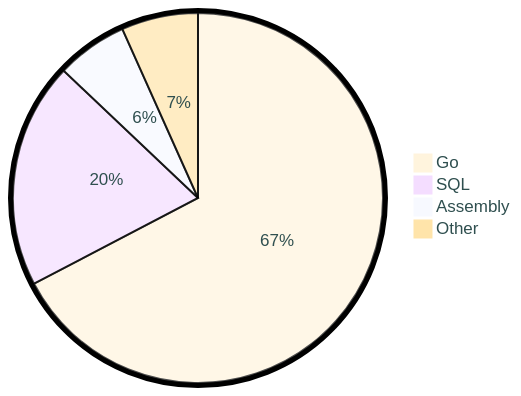
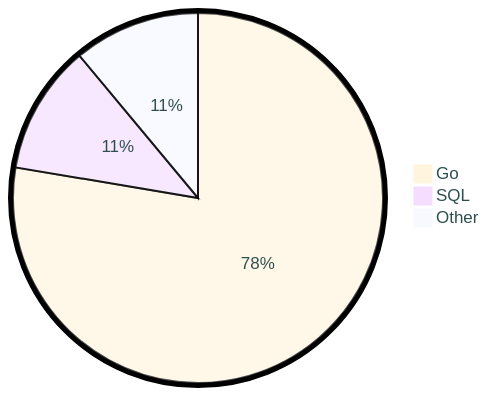
One commit to tot0p/tot0p changed the diagram in README.md. Above: the diagram before and after it, drawn with Mermaid. The commit also changed other lines of this file, not shown here.

````diff
--- a/README.md
+++ b/README.md
@@ -77,8 +80,7 @@
 ```mermaid
 %%{init: {"pie": {"textPosition": 0.5}, "themeVariables": {"pieOuterStrokeWidth": "5px","primaryTextColor" : "#2F4F4F"},"theme":"base"} }%%
 pie
-	"Go": 67.34
-	"SQL": 19.74
-	"Assembly": 6.23
-	"Other": 6.699999999999999
+	"Go": 77.64
+	"SQL": 11.3
+	"Other": 11.049999999999997
 ```
````
